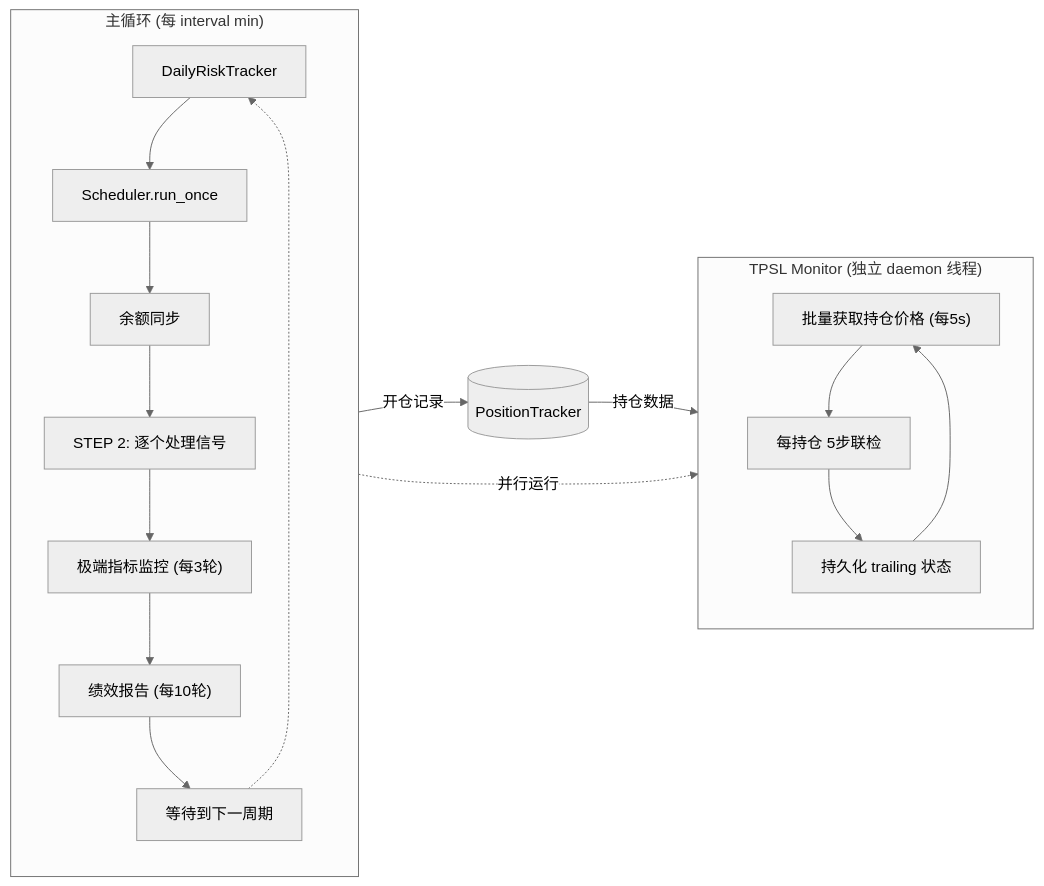
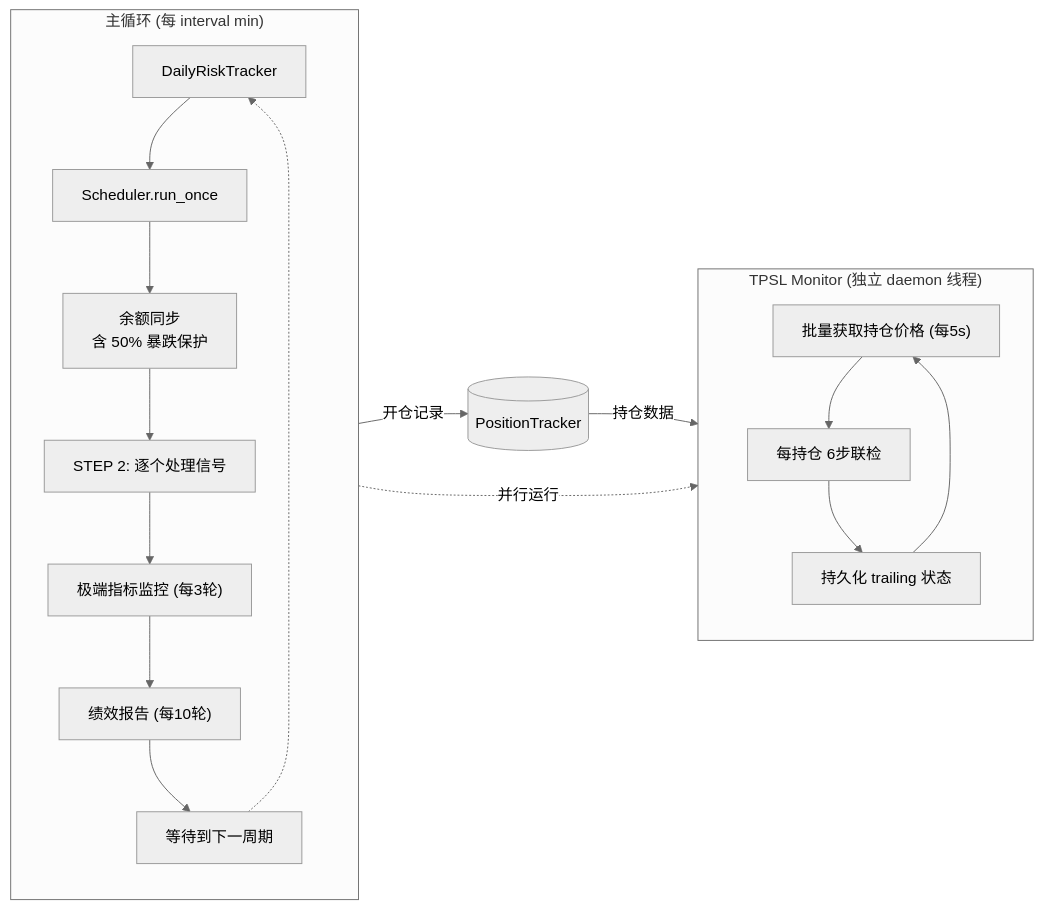
The first of 5 diagrams in docs/auto-trading-plan.md (zihpzhong/Vibe-Trading), drawn with Mermaid (neutral theme) before and after one commit. The commit also changed other lines of this file and 1 other file, not shown here.

````diff
--- a/docs/auto-trading-plan.md
+++ b/docs/auto-trading-plan.md
@@ -45,23 +51,23 @@
 ```mermaid
 flowchart LR
     subgraph MAIN["主循环 (每 interval min)"]
         direction TB
         DR[DailyRiskTracker] --> RUN_ONCE[Scheduler.run_once]
-        RUN_ONCE --> BAL[余额同步]
+        RUN_ONCE --> BAL[余额同步<br>含 50% 暴跌保护]
         BAL --> STEP2[STEP 2: 逐个处理信号]
         STEP2 --> EXTREME["极端指标监控 (每3轮)"]
         EXTREME --> REPORT["绩效报告 (每10轮)"]
         REPORT --> WAIT["等待到下一周期"] -.-> DR
     end
 
     subgraph DAEMON["TPSL Monitor (独立 daemon 线程)"]
         direction TB
-        POLL["批量获取持仓价格 (每5s)"] --> CHECK["每持仓 5步联检"]
+        POLL["批量获取持仓价格 (每5s)"] --> CHECK["每持仓 6步联检"]
         CHECK --> PERSIST["持久化 trailing 状态"]
         PERSIST --> POLL
     end
 
     MAIN -->|开仓记录| PT[(PositionTracker)]
     PT -->|持仓数据| DAEMON
     MAIN -.->|并行运行| DAEMON
 ```
````
